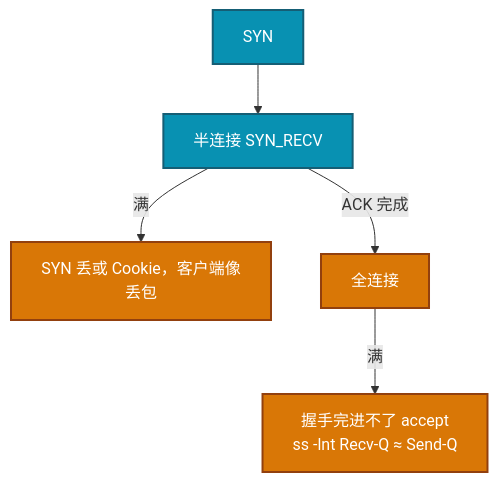
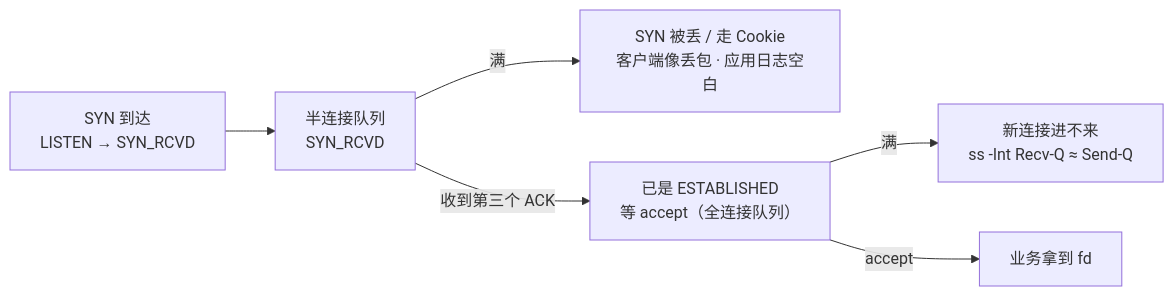
The second of 4 diagrams in 01-基础底座/12-网络栈与Socket/练习题.md (ml-cuizijun/LearnToLilith), drawn with Mermaid before and after one commit. The commit also changed other lines of this file and 470 other files, not shown here.

````diff
--- a/01-基础底座/12-网络栈与Socket/练习题.md
+++ b/01-基础底座/12-网络栈与Socket/练习题.md
@@ -160,11 +219,8 @@
 ```mermaid
-flowchart TB
-    SYN[SYN] --> half[半连接 SYN_RECV]
-    half -->|满| drop[SYN 丢或 Cookie，客户端像丢包]
-    half -->|ACK 完成| full[全连接]
-    full -->|满| acc["握手完进不了 accept<br/>ss -lnt Recv-Q ≈ Send-Q"]
-    classDef a fill:#0891B2,stroke:#155E75,stroke-width:2px,color:#fff
-    classDef b fill:#D97706,stroke:#92400E,stroke-width:2px,color:#fff
-    class SYN,half a
-    class drop,full,acc b
+flowchart LR
+    SYN["SYN 到达<br/>LISTEN → SYN_RCVD"] --> half["半连接队列<br/>SYN_RCVD"]
+    half -->|满| drop["SYN 被丢 / 走 Cookie<br/>客户端像丢包 · 应用日志空白"]
+    half -->|"收到第三个 ACK"| full["已是 ESTABLISHED<br/>等 accept（全连接队列）"]
+    full -->|满| acc["新连接进不来<br/>ss -lnt Recv-Q ≈ Send-Q"]
+    full -->|accept| fd["业务拿到 fd"]
 ```
````
